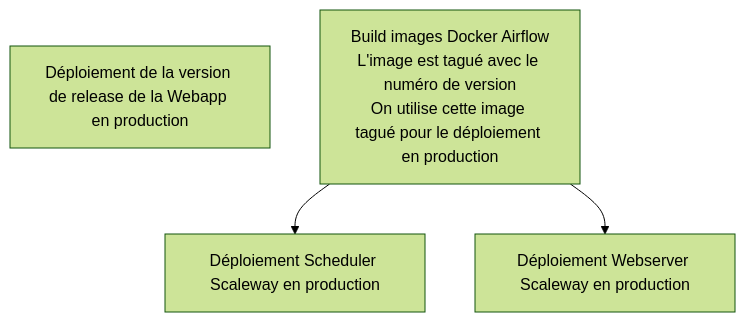
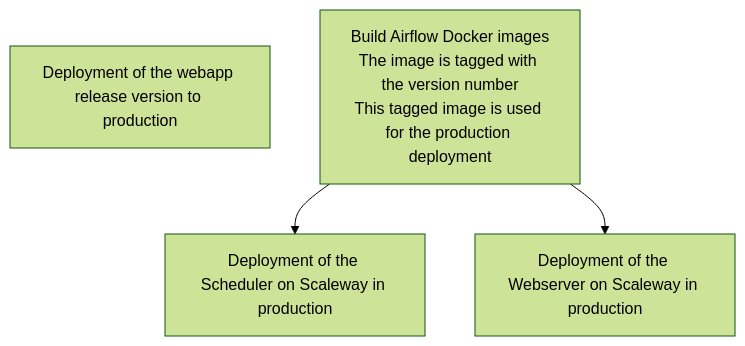
One commit to incubateur-ademe/quefairedemesobjets changed the third of 3 diagrams in docs/reference/infrastructure/ci-cd.md. Above: the diagram before and after it, drawn with Mermaid (forest theme). The commit also changed other lines of this file and 1393 other files, not shown here.

````diff
--- a/docs/reference/infrastructure/ci-cd.md
+++ b/docs/reference/infrastructure/ci-cd.md
@@ -78,7 +78,7 @@
 ```mermaid
 graph TD
-    C[Déploiement de la version de release de la Webapp en production]
-    F[Build images Docker Airflow<br/>L'image est tagué avec le numéro de version<br/>On utilise cette image tagué pour le déploiement en production]
-    F --> H[Déploiement Scheduler Scaleway en production]
-    F --> I[Déploiement Webserver Scaleway en production]
+    C[Deployment of the webapp release version to production]
+    F[Build Airflow Docker images<br/>The image is tagged with the version number<br/>This tagged image is used for the production deployment]
+    F --> H[Deployment of the Scheduler on Scaleway in production]
+    F --> I[Deployment of the Webserver on Scaleway in production]
 ```
````
